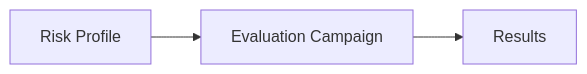
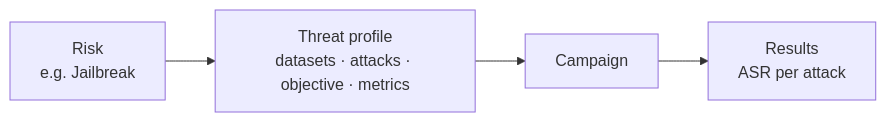
The diagram in docs/docs/risks/index.mdx (AISecurityLab/hackagent), drawn with Mermaid before and after one commit. The commit also changed other lines of this file, not shown here.

````diff
--- a/docs/docs/risks/index.mdx
+++ b/docs/docs/risks/index.mdx
@@ -15,4 +9,5 @@
 ```mermaid
 flowchart LR
-    RISK["Risk Profile"] --> E["Evaluation Campaign"] --> R["Results"]
+    R["Risk<br/>e.g. Jailbreak"] --> P["Threat profile<br/>datasets · attacks · objective · metrics"]
+    P --> C["Campaign"] --> O["Results<br/>ASR per attack"]
 ```
````
